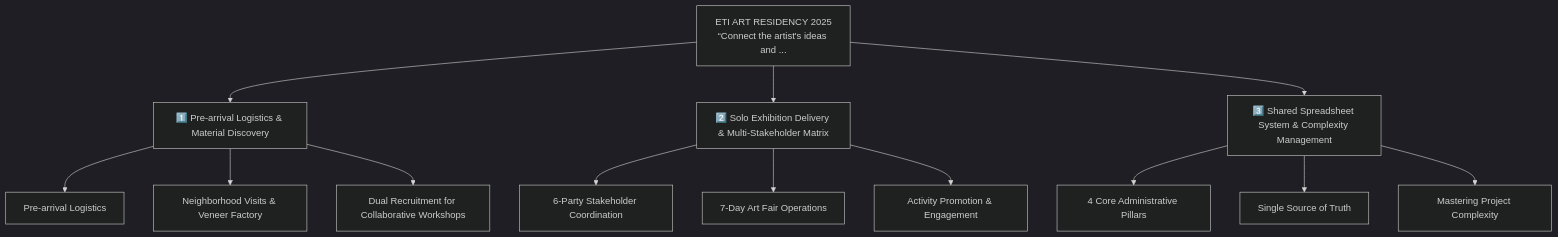
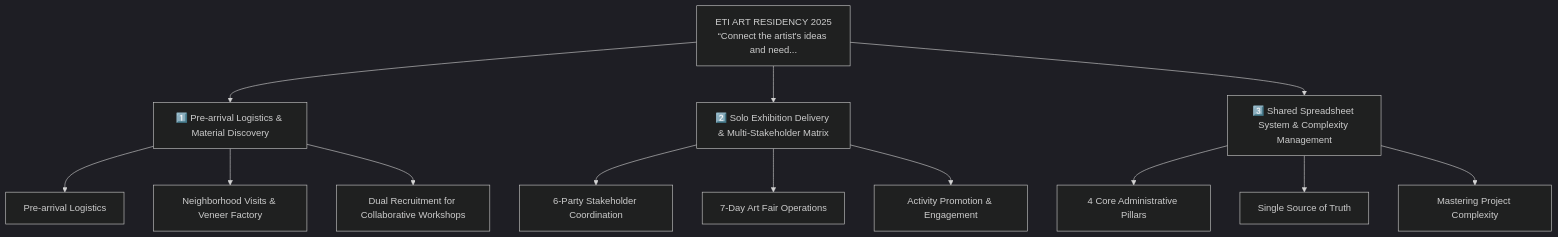
One commit to Jialanyq/midmod-memory-handbook changed the first of 2 diagrams in examples/eti-residency-handbook.md. Above: the diagram before and after it, drawn with Mermaid (dark theme). The commit also changed other lines of this file and 4 other files, not shown here.

````diff
--- a/examples/eti-residency-handbook.md
+++ b/examples/eti-residency-handbook.md
@@ -24,16 +24,16 @@
 ```mermaid
 flowchart TD
-    ROOT["ETI ART RESIDENCY 2025<br/>“Connect the artist's ideas and ..."]
+    ROOT["ETI ART RESIDENCY 2025<br/>“Connect the artist's ideas and need..."]
     ROOT --> A["1️⃣ Pre-arrival Logistics & Material Discovery"]
     A --> A1["Pre-arrival Logistics"]
     A --> A2["Neighborhood Visits & Veneer Factory"]
     A --> A3["Dual Recruitment for Collaborative Workshops"]
     ROOT --> B["2️⃣ Solo Exhibition Delivery & Multi-Stakeholder Matrix"]
     B --> B1["6-Party Stakeholder Coordination"]
     B --> B2["7-Day Art Fair Operations"]
     B --> B3["Activity Promotion & Engagement"]
     ROOT --> C["3️⃣ Shared Spreadsheet System & Complexity Management"]
     C --> C1["4 Core Administrative Pillars"]
     C --> C2["Single Source of Truth"]
     C --> C3["Mastering Project Complexity"]
 ```
````
